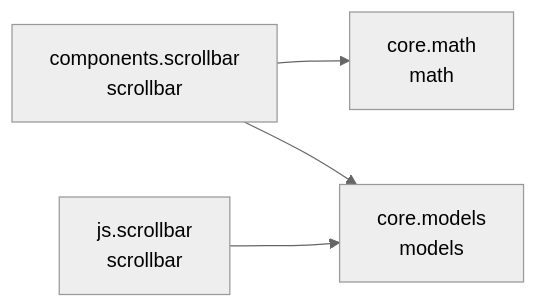
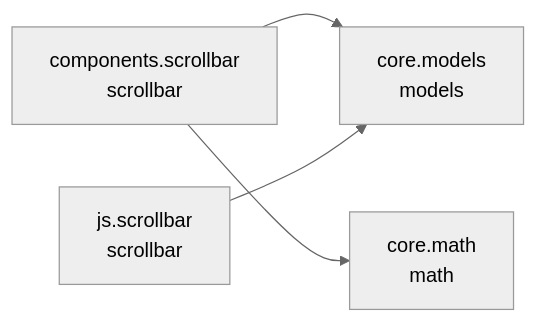
Before and after one commit to cj-mills/cjm-fasthtml-virtual-scrollbar: the diagram in README.md, drawn with Mermaid (neutral theme). The commit also changed other lines of this file and 9 other files, not shown here.

````diff
--- a/README.md
+++ b/README.md
@@ -27,11 +27,11 @@
 ``` mermaid
 graph LR
     components_scrollbar[components.scrollbar<br/>scrollbar]
     core_math[core.math<br/>math]
     core_models[core.models<br/>models]
     js_scrollbar[js.scrollbar<br/>scrollbar]
 
+    components_scrollbar --> core_models
     components_scrollbar --> core_math
-    components_scrollbar --> core_models
     js_scrollbar --> core_models
 ```
````
